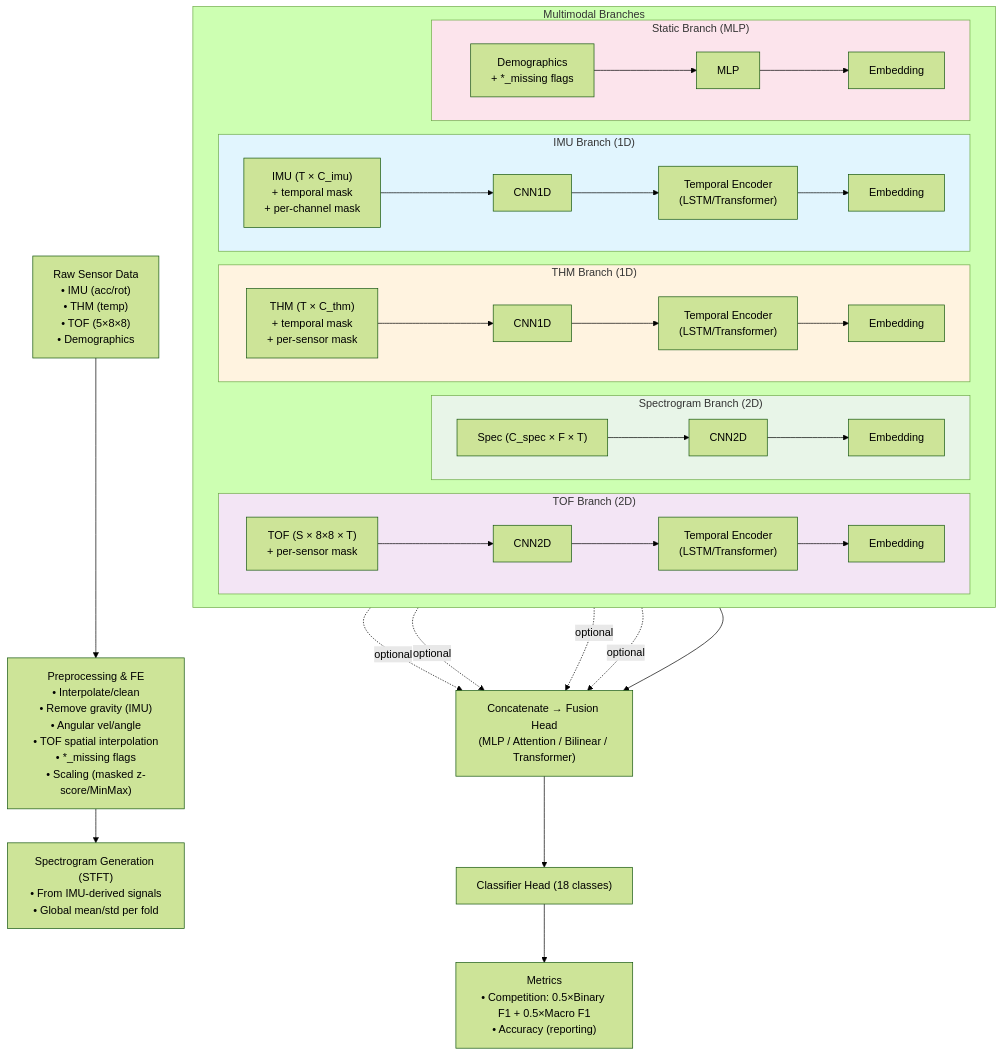
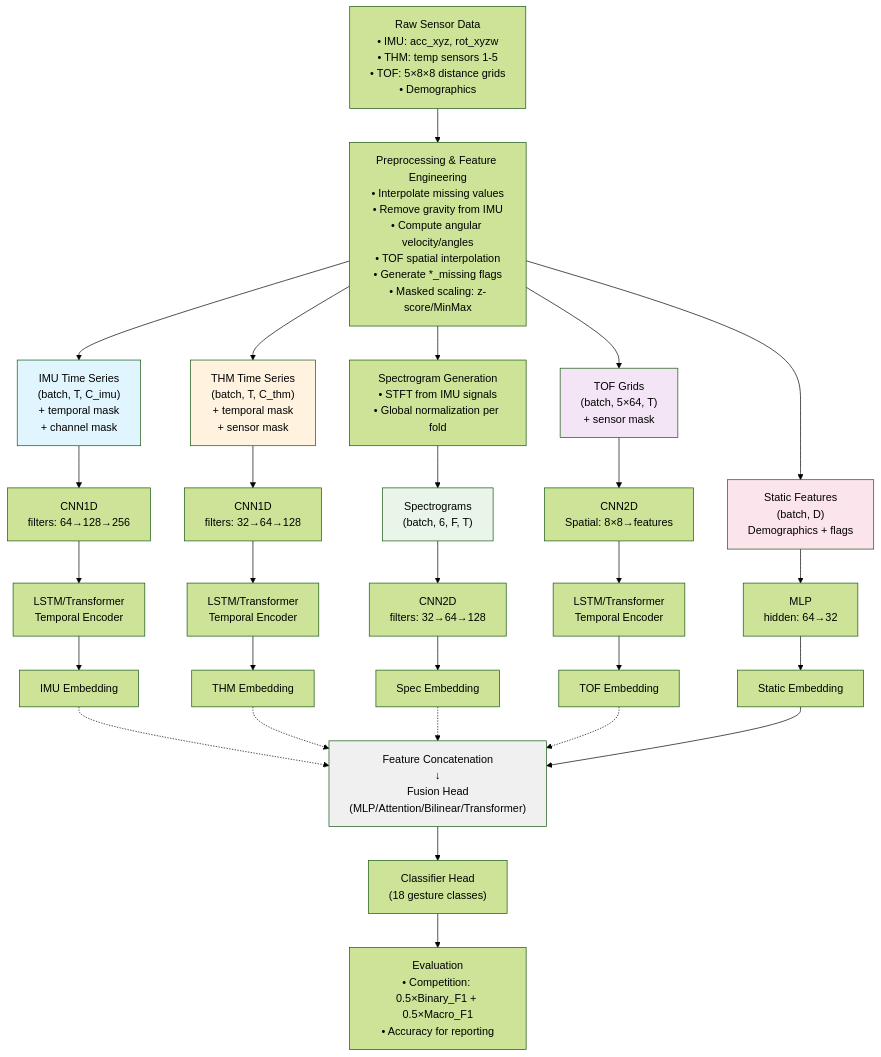
Before and after one commit to NickSiboZhu/CMI2025: the first of 2 diagrams in README.md, drawn with Mermaid (forest theme).

````diff
--- a/README.md
+++ b/README.md
@@ -56,55 +56,43 @@
 ```mermaid
 graph TD
-    %% Stage: Input & Preprocessing
-    A["Raw Sensor Data\n• IMU (acc/rot)\n• THM (temp)\n• TOF (5×8×8)\n• Demographics"] --> B["Preprocessing & FE\n• Interpolate/clean\n• Remove gravity (IMU)\n• Angular vel/angle\n• TOF spatial interpolation\n• *_missing flags\n• Scaling (masked z-score/MinMax)"]
-    B --> C["Spectrogram Generation (STFT)\n• From IMU-derived signals\n• Global mean/std per fold"]
+    %% Input & Preprocessing
+    A["Raw Sensor Data<br/>• IMU: acc_xyz, rot_xyzw<br/>• THM: temp sensors 1-5<br/>• TOF: 5×8×8 distance grids<br/>• Demographics"] --> B["Preprocessing & Feature Engineering<br/>• Interpolate missing values<br/>• Remove gravity from IMU<br/>• Compute angular velocity/angles<br/>• TOF spatial interpolation<br/>• Generate *_missing flags<br/>• Masked scaling: z-score/MinMax"]
+    
+    B --> C["Spectrogram Generation<br/>• STFT from IMU signals<br/>• Global normalization per fold"]
+    
+    %% Data Flow to Branches
+    B --> IMU["IMU Time Series<br/>(batch, T, C_imu)<br/>+ temporal mask<br/>+ channel mask"]
+    B --> THM["THM Time Series<br/>(batch, T, C_thm)<br/>+ temporal mask<br/>+ sensor mask"]
+    B --> TOF["TOF Grids<br/>(batch, 5×64, T)<br/>+ sensor mask"]
+    C --> SPEC["Spectrograms<br/>(batch, 6, F, T)"]
+    B --> STATIC["Static Features<br/>(batch, D)<br/>Demographics + flags"]
 
-    %% Stage: Branches
-    subgraph D["Multimodal Branches"]
-        direction LR
+    %% Branches
+    IMU --> CNN1D_IMU["CNN1D<br/>filters: 64→128→256"] --> TEMP1["LSTM/Transformer<br/>Temporal Encoder"] --> EMB1["IMU Embedding"]
+    
+    THM --> CNN1D_THM["CNN1D<br/>filters: 32→64→128"] --> TEMP2["LSTM/Transformer<br/>Temporal Encoder"] --> EMB2["THM Embedding"]
+    
+    SPEC --> CNN2D_SPEC["CNN2D<br/>filters: 32→64→128"] --> EMB3["Spec Embedding"]
+    
+    TOF --> CNN2D_TOF["CNN2D<br/>Spatial: 8×8→features"] --> TEMP3["LSTM/Transformer<br/>Temporal Encoder"] --> EMB4["TOF Embedding"]
+    
+    STATIC --> MLP_STATIC["MLP<br/>hidden: 64→32"] --> EMB5["Static Embedding"]
 
-        subgraph D1["IMU Branch (1D)"]
-            IMU["IMU (T × C_imu)\n+ temporal mask\n+ per-channel mask"] --> CNN_IMU["CNN1D"]
-            CNN_IMU --> TE_IMU["Temporal Encoder\n(LSTM/Transformer)"]
-            TE_IMU --> E_IMU["Embedding"]
-        end
+    %% Fusion
+    EMB1 -.-> FUSION["Feature Concatenation<br/>↓<br/>Fusion Head<br/>(MLP/Attention/Bilinear/Transformer)"]
+    EMB2 -.-> FUSION
+    EMB3 -.-> FUSION
+    EMB4 -.-> FUSION
+    EMB5 --> FUSION
+    
+    FUSION --> CLASSIFIER["Classifier Head<br/>(18 gesture classes)"]
+    CLASSIFIER --> METRICS["Evaluation<br/>• Competition: 0.5×Binary_F1 + 0.5×Macro_F1<br/>• Accuracy for reporting"]
 
-        subgraph D2["THM Branch (1D)"]
-            THM["THM (T × C_thm)\n+ temporal mask\n+ per-sensor mask"] --> CNN_THM["CNN1D"]
-            CNN_THM --> TE_THM["Temporal Encoder\n(LSTM/Transformer)"]
-            TE_THM --> E_THM["Embedding"]
-        end
-
-        subgraph D3["Spectrogram Branch (2D)"]
-            SPEC["Spec (C_spec × F × T)"] --> CNN_SPEC["CNN2D"]
-            CNN_SPEC --> E_SPEC["Embedding"]
-        end
-
-        subgraph D4["TOF Branch (2D)"]
-            TOF["TOF (S × 8×8 × T)\n+ per-sensor mask"] --> CNN_TOF["CNN2D"]
-            CNN_TOF --> TE_TOF["Temporal Encoder\n(LSTM/Transformer)"]
-            TE_TOF --> E_TOF["Embedding"]
-        end
-
-        subgraph D5["Static Branch (MLP)"]
-            STATIC["Demographics\n+ *_missing flags"] --> MLP_STATIC["MLP"]
-            MLP_STATIC --> E_STATIC["Embedding"]
-        end
-    end
-
-    %% Fusion & Head
-    E_IMU -. optional .-> F
-    E_THM -. optional .-> F
-    E_SPEC -. optional .-> F
-    E_TOF -. optional .-> F
-    E_STATIC --> F["Concatenate → Fusion Head\n(MLP / Attention / Bilinear / Transformer)"]
-    F --> K["Classifier Head (18 classes)"]
-    K --> L["Metrics\n• Competition: 0.5×Binary F1 + 0.5×Macro F1\n• Accuracy (reporting)"]
-
-    %% Styles
-    style D1 fill:#e1f5fe
-    style D2 fill:#fff3e0
-    style D4 fill:#f3e5f5
-    style D3 fill:#e8f5e8
-    style D5 fill:#fce4ec
+    %% Styling
+    style IMU fill:#e1f5fe
+    style THM fill:#fff3e0
+    style TOF fill:#f3e5f5
+    style SPEC fill:#e8f5e8
+    style STATIC fill:#fce4ec
+    style FUSION fill:#f0f0f0
 ```
````
